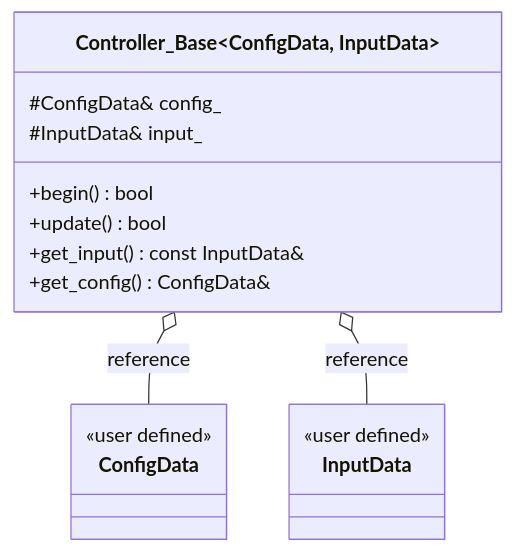
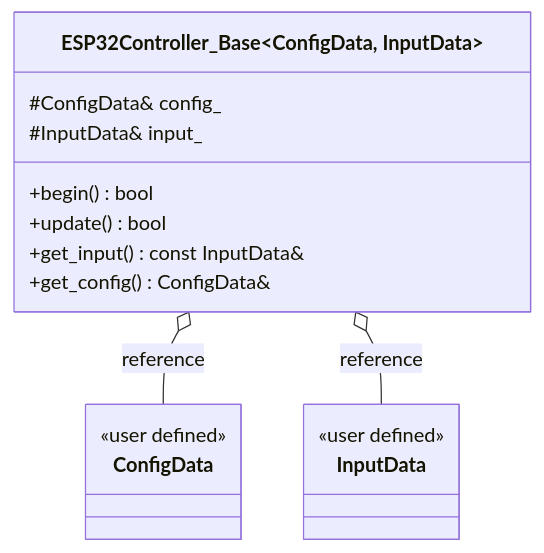
The first of 2 diagrams in README.md (Tomoooji/esp32-controller), drawn with Mermaid before and after one commit. The commit also changed other lines of this file and 9 other files, not shown here.

````diff
--- a/README.md
+++ b/README.md
@@ -167,23 +168,23 @@
 ```mermaid
 classDiagram
-    class Controller_Base~ConfigData, InputData~ {
+    class ESP32Controller_Base~ConfigData, InputData~ {
         #ConfigData& config_
         #InputData& input_
 
         +begin() bool
         +update() bool
         +get_input() const InputData&
         +get_config() ConfigData&
     }
 
     class ConfigData {
         <<user defined>>
     }
 
     class InputData {
         <<user defined>>
     }
 
-    Controller_Base o-- ConfigData : reference
-    Controller_Base o-- InputData : reference
+    ESP32Controller_Base o-- ConfigData : reference
+    ESP32Controller_Base o-- InputData : reference
 ```
````
